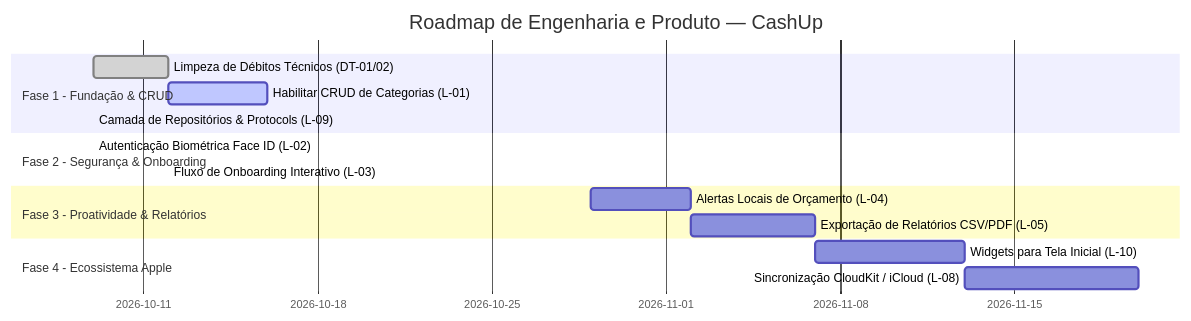
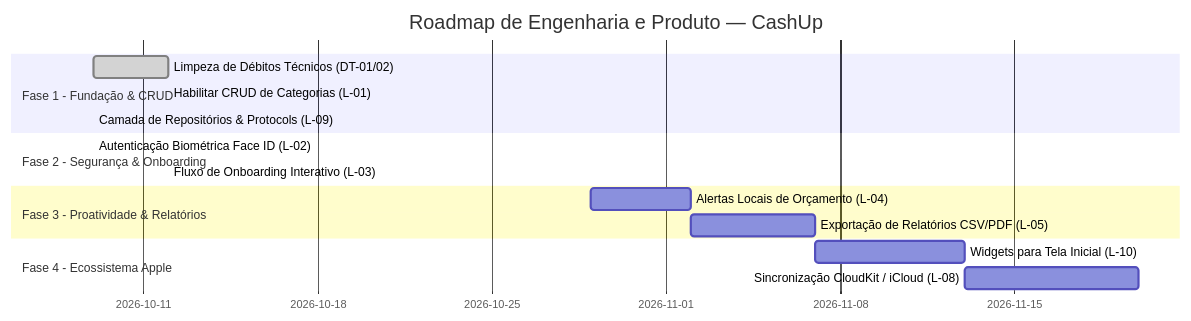
One commit to gustavosouto02/CashUp-App00 changed the diagram in docs/rules/gap_analysis_and_roadmap.md. Above: the diagram before and after it, drawn with Mermaid. The commit also changed other lines of this file and 20 other files, not shown here.

First line of the commit message:
feat(categorias): adiciona crud completo de categorias e subcategorias com protecoes de regra

````diff
--- a/docs/rules/gap_analysis_and_roadmap.md
+++ b/docs/rules/gap_analysis_and_roadmap.md
@@ -95,18 +95,18 @@
 ```mermaid
 gantt
     title Roadmap de Engenharia e Produto — CashUp
     dateFormat  YYYY-MM-DD
     section Fase 1 - Fundação & CRUD
     Limpeza de Débitos Técnicos (DT-01/02) :done, p1, 2026-10-09, 3d
-    Habilitar CRUD de Categorias (L-01)    :active, p2, 2026-10-12, 4d
+    Habilitar CRUD de Categorias (L-01)    :done, p2, 2026-10-12, 2026-10-12
     Camada de Repositórios & Protocols (L-09): done, p3, 2026-10-09, 2026-10-09
     section Fase 2 - Segurança & Onboarding
     Autenticação Biométrica Face ID (L-02) : done, p4, 2026-10-09, 2026-10-09
     Fluxo de Onboarding Interativo (L-03)  : done, p5, 2026-10-12, 2026-10-12
     section Fase 3 - Proatividade & Relatórios
     Alertas Locais de Orçamento (L-04)     : p6, 2026-10-29, 4d
     Exportação de Relatórios CSV/PDF (L-05): p7, 2026-11-02, 5d
     section Fase 4 - Ecossistema Apple
     Widgets para Tela Inicial (L-10)       : p8, 2026-11-07, 6d
     Sincronização CloudKit / iCloud (L-08) : p9, 2026-11-13, 7d
 ```
````
